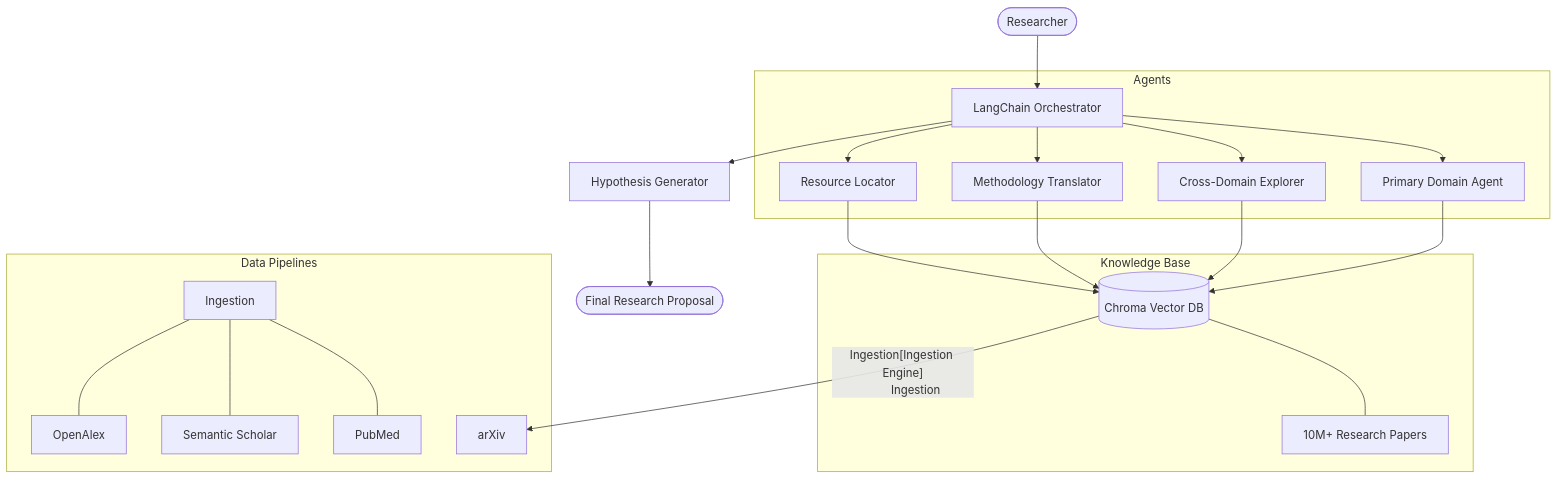
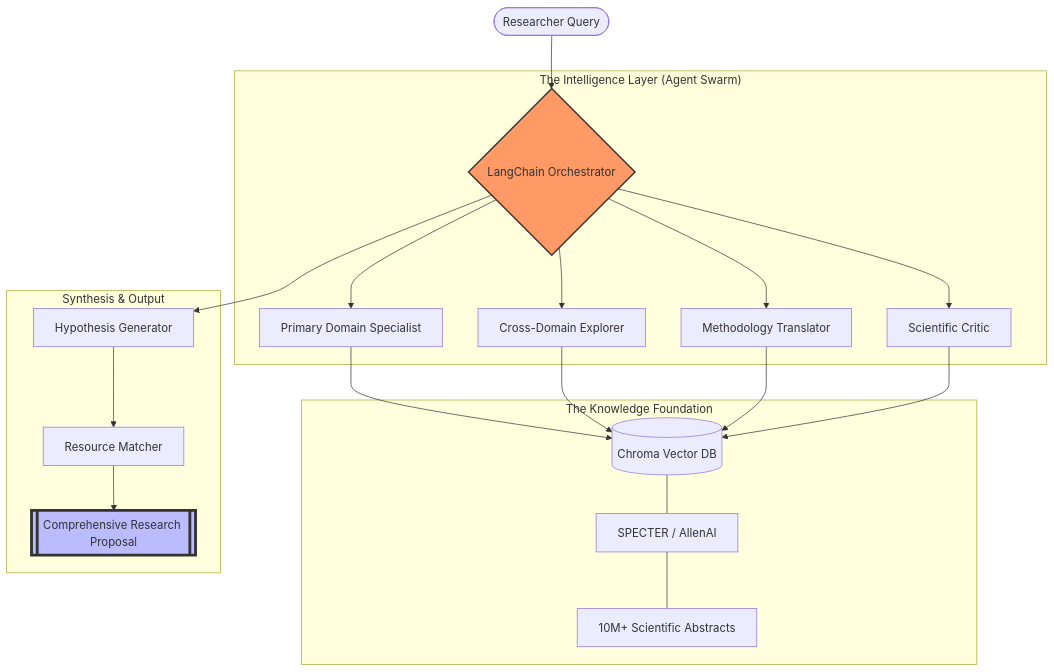
Before and after one commit to PushkarPrabhath27/ResearchCrossPollinationEngine: the diagram in README.md, drawn with Mermaid. The commit also changed other lines of this file and 6 other files, not shown here.

````diff
--- a/README.md
+++ b/README.md
@@ -18,27 +26,26 @@
 ```mermaid
 graph TD
-    User([Researcher]) --> Orchestrator[LangChain Orchestrator]
+    User([Researcher Query]) --> Orchestrator{LangChain Orchestrator}
     
-    subgraph Agents
-        Orchestrator --> P_Agent[Primary Domain Agent]
+    subgraph "The Intelligence Layer (Agent Swarm)"
+        Orchestrator --> P_Agent[Primary Domain Specialist]
         Orchestrator --> C_Agent[Cross-Domain Explorer]
         Orchestrator --> M_Agent[Methodology Translator]
-        Orchestrator --> R_Agent[Resource Locator]
+        Orchestrator --> V_Agent[Scientific Critic]
     end
     
-    subgraph Knowledge Base
-        P_Agent & C_Agent & M_Agent & R_Agent --> VDB[(Chroma Vector DB)]
-        VDB --- Papers[10M+ Research Papers]
+    subgraph "The Knowledge Foundation"
+        P_Agent & C_Agent & M_Agent & V_Agent --> VDB[(Chroma Vector DB)]
+        VDB --- Embedder[SPECTER / AllenAI]
+        Embedder --- Corp[10M+ Scientific Abstracts]
     end
     
-    subgraph Data Pipelines
-        VDB <-- Ingestion[Ingestion Engine]
-        Ingestion --- ArXiv[arXiv]
-        Ingestion --- PubMed[PubMed]
-        Ingestion --- Semantic[Semantic Scholar]
-        Ingestion --- OpenAlex[OpenAlex]
+    subgraph "Synthesis & Output"
+        Orchestrator --> Gen[Hypothesis Generator]
+        Gen --> Val[Resource Matcher]
+        Val --> Final[[Comprehensive Research Proposal]]
     end
-    
-    Orchestrator --> Hypothesis[Hypothesis Generator]
-    Hypothesis --> Output([Final Research Proposal])
+
+    style Orchestrator fill:#f96,stroke:#333,stroke-width:2px
+    style Final fill:#bbf,stroke:#333,stroke-width:4px
 ```
````
